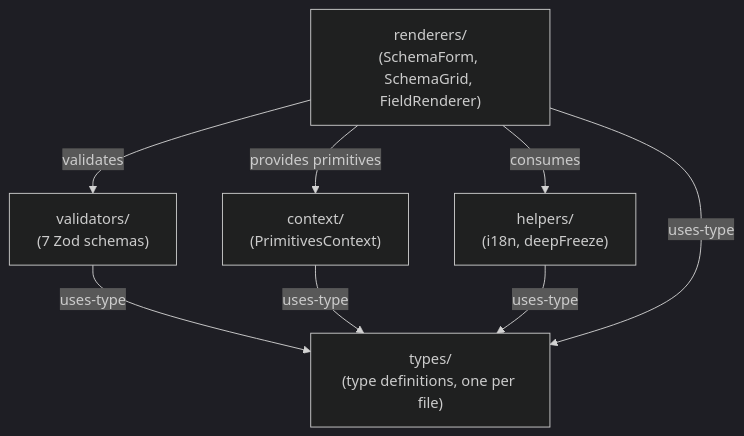
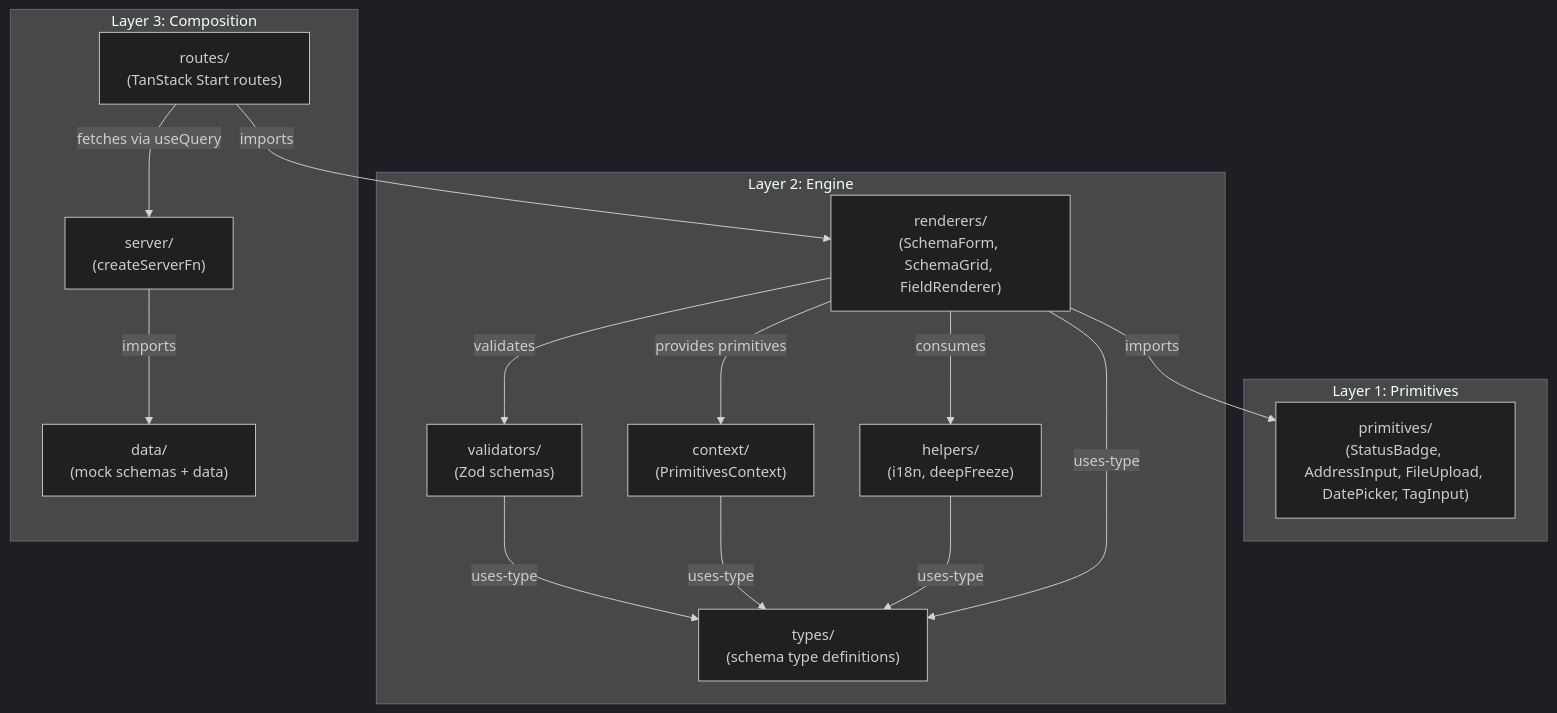
Before and after one commit to WianVDM/schema-framework: the diagram in docs/context-map.md, drawn with Mermaid (dark theme). The commit also changed other lines of this file and 29 other files, not shown here.

````diff
--- a/docs/context-map.md
+++ b/docs/context-map.md
@@ -21,16 +8,32 @@
 ```mermaid
 graph TD
-    types["types/<br/>(type definitions, one per file)"]
-    validators["validators/<br/>(7 Zod schemas)"]
-    context["context/<br/>(PrimitivesContext)"]
-    helpers["helpers/<br/>(i18n, deepFreeze)"]
-    renderers["renderers/<br/>(SchemaForm, SchemaGrid, FieldRenderer)"]
+    subgraph "Layer 1: Primitives"
+        primitives["primitives/<br/>(StatusBadge, AddressInput, FileUpload, DatePicker, TagInput)"]
+    end
+
+    subgraph "Layer 2: Engine"
+        types["types/<br/>(schema type definitions)"]
+        validators["validators/<br/>(Zod schemas)"]
+        context["context/<br/>(PrimitivesContext)"]
+        helpers["helpers/<br/>(i18n, deepFreeze)"]
+        renderers["renderers/<br/>(SchemaForm, SchemaGrid, FieldRenderer)"]
+    end
+
+    subgraph "Layer 3: Composition"
+        routes["routes/<br/>(TanStack Start routes)"]
+        server["server/<br/>(createServerFn)"]
+        data["data/<br/>(mock schemas + data)"]
+    end
 
     validators -->|uses-type| types
     context -->|uses-type| types
     helpers -->|uses-type| types
     renderers -->|uses-type| types
     renderers -->|validates| validators
     renderers -->|provides primitives| context
     renderers -->|consumes| helpers
+    renderers -->|imports| primitives
+    routes -->|imports| renderers
+    server -->|imports| data
+    routes -->|fetches via useQuery| server
 ```
````
